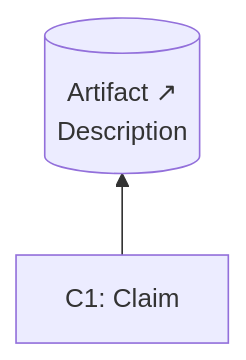
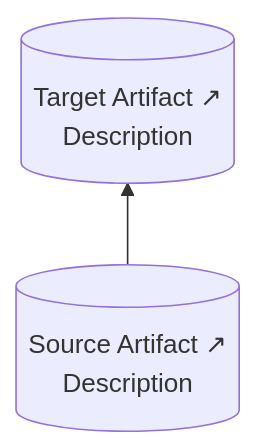
Before and after one commit to coreinfrastructure/best-practices-badge: diagram 16 of 19 in docs/sacm-mermaid.md, drawn with Mermaid. The commit also changed other lines of this file, not shown here.

````diff
--- a/docs/sacm-mermaid.md
+++ b/docs/sacm-mermaid.md
@@ -599,6 +596,6 @@
 ```mermaid
 flowchart BT
-    C1["C1: Claim"]
-    AR1[("Artifact ↗<br/>Description")]
-    C1 --> AR1
+    AR1[("Source Artifact ↗<br/>Description")]
+    AR2[("Target Artifact ↗<br/>Description")]
+    AR1 --> AR2
 ```
````
